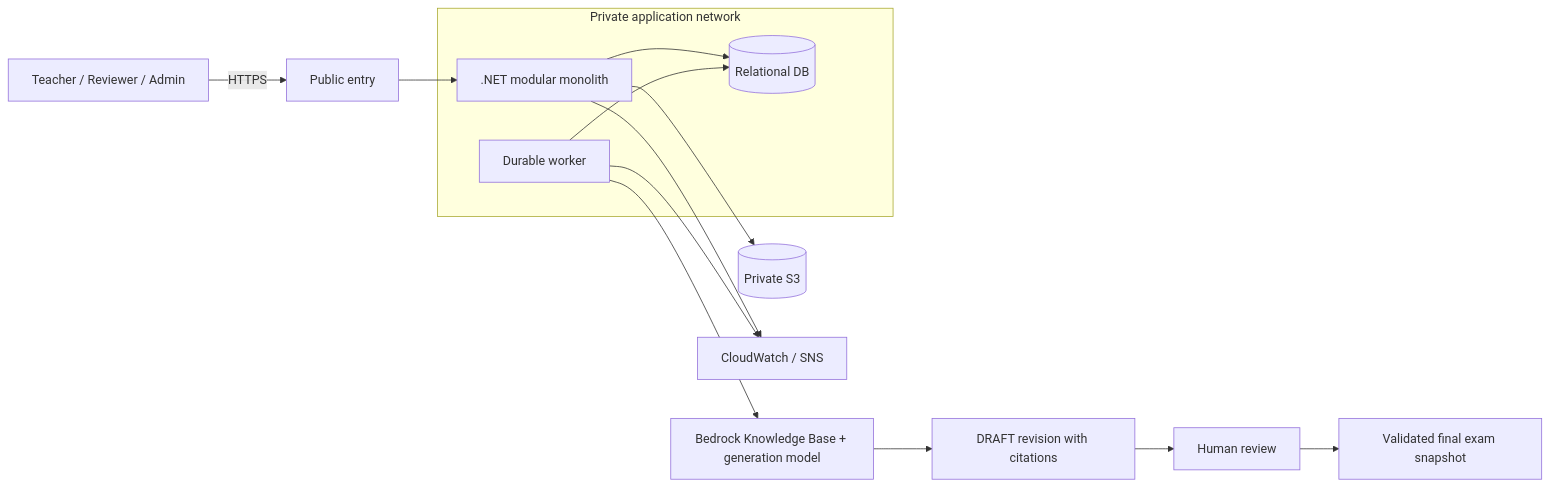
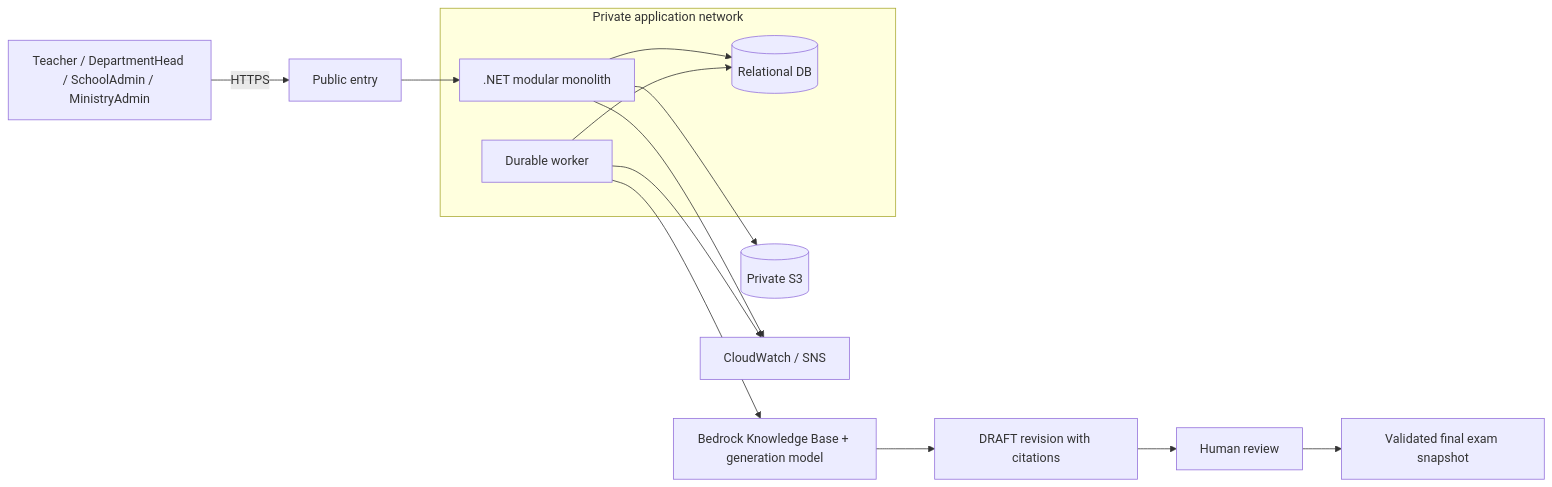
Before and after one commit to Hungle2910/ai-exam-bank: the diagram in README.md, drawn with Mermaid. The commit also changed other lines of this file and 9 other files, not shown here.

Commit message:
docs: adopt multi-school and ministry MVP scope

````diff
--- a/README.md
+++ b/README.md
@@ -33,19 +33,19 @@
 ```mermaid
 flowchart LR
-    User[Teacher / Reviewer / Admin] -->|HTTPS| Entry[Public entry]
+    User[Teacher / DepartmentHead / SchoolAdmin / MinistryAdmin] -->|HTTPS| Entry[Public entry]
     subgraph Private[Private application network]
         API[.NET modular monolith]
         Worker[Durable worker]
         DB[(Relational DB)]
         API --> DB
         Worker --> DB
     end
     Entry --> API
     API --> S3[(Private S3)]
     Worker --> RAG[Bedrock Knowledge Base + generation model]
     RAG --> Draft[DRAFT revision with citations]
     Draft --> Review[Human review]
     Review --> Final[Validated final exam snapshot]
     API --> Monitor[CloudWatch / SNS]
     Worker --> Monitor
 ```
````
